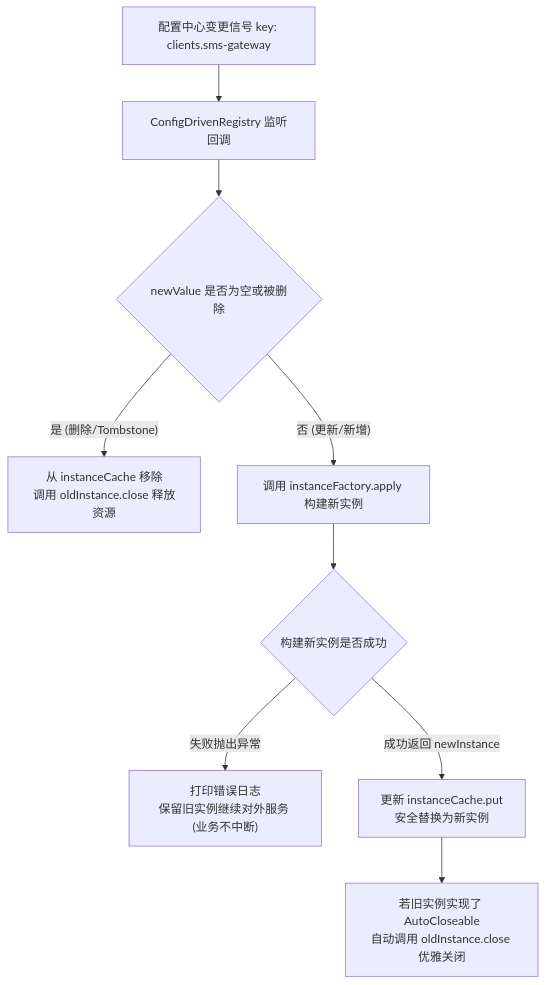
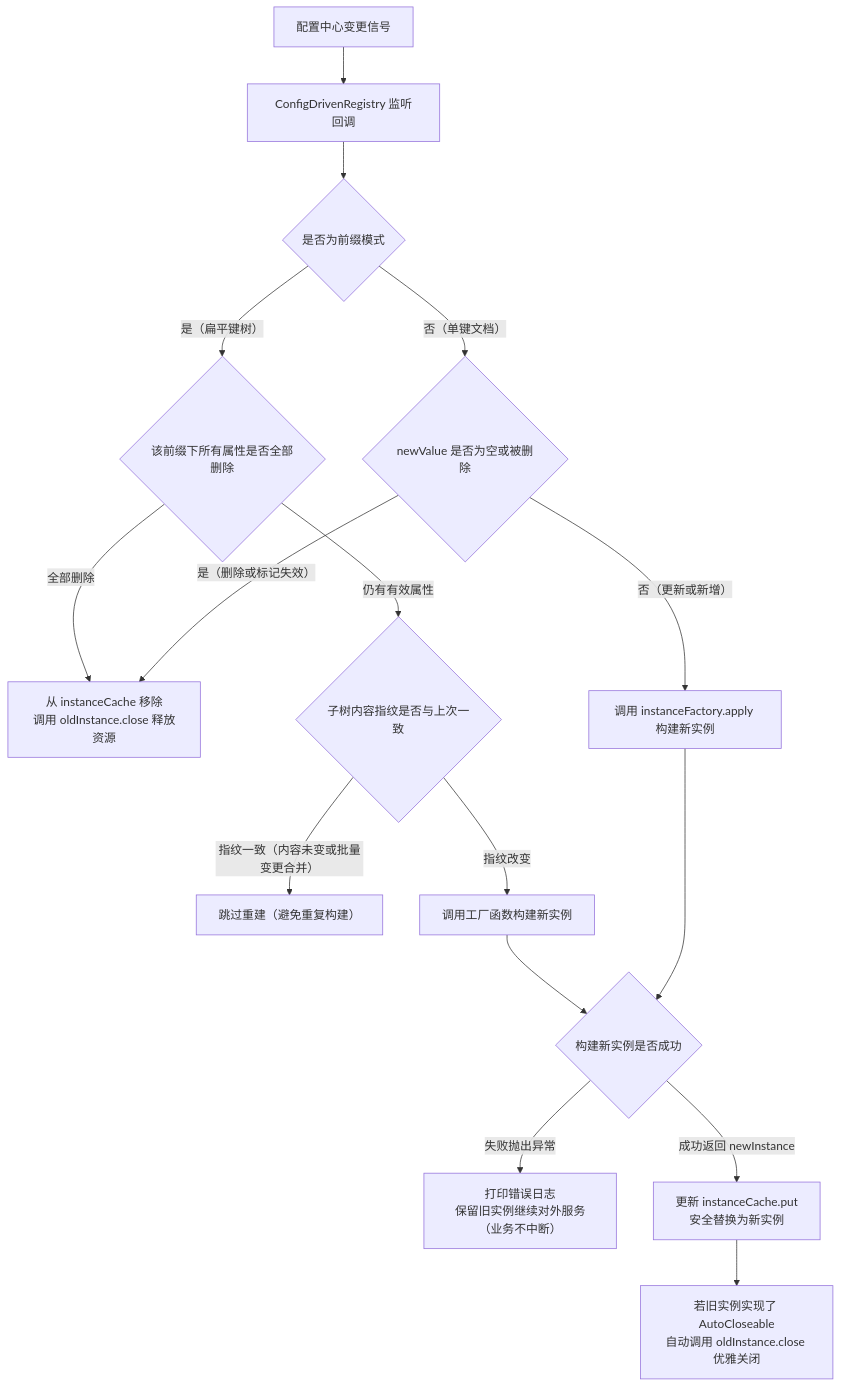
One commit to team4u/team4u-framework changed the diagram in docs/config/config-instance.md. Above: the diagram before and after it, drawn with Mermaid. The commit also changed other lines of this file and 16 other files, not shown here.

First line of the commit message:
feat(config): ConfigDrivenRegistry 扁平键前缀模式与门面策略架构演进

````diff
--- a/docs/config/config-instance.md
+++ b/docs/config/config-instance.md
@@ -15,13 +16,22 @@
 ```mermaid
 graph TD
-    Change["配置中心变更信号 key: clients.sms-gateway"] --> Listener["ConfigDrivenRegistry 监听回调"]
+    Change["配置中心变更信号"] --> Listener["ConfigDrivenRegistry 监听回调"]
     
-    Listener --> CheckDel{"newValue 是否为空或被删除"}
-    CheckDel -->|"是 (删除/Tombstone)"| Remove["从 instanceCache 移除<br/>调用 oldInstance.close 释放资源"]
-    CheckDel -->|"否 (更新/新增)"| Build["调用 instanceFactory.apply 构建新实例"]
+    Listener --> CheckPrefix{"是否为前缀模式"}
+    CheckPrefix -->|"是（扁平键树）"| CheckPrefixEmpty{"该前缀下所有属性是否全部删除"}
+    CheckPrefixEmpty -->|"全部删除"| Remove["从 instanceCache 移除<br/>调用 oldInstance.close 释放资源"]
+    CheckPrefixEmpty -->|"仍有有效属性"| CheckFingerprint{"子树内容指纹是否与上次一致"}
+    CheckFingerprint -->|"指纹一致（内容未变或批量变更合并）"| Ignore["跳过重建（避免重复构建）"]
+    CheckFingerprint -->|"指纹改变"| BuildPrefix["调用工厂函数构建新实例"]
     
-    Build --> TryBuild{"构建新实例是否成功"}
-    TryBuild -->|"失败抛出异常"| KeepOld["打印错误日志<br/>保留旧实例继续对外服务 (业务不中断)"]
+    CheckPrefix -->|"否（单键文档）"| CheckDel{"newValue 是否为空或被删除"}
+    CheckDel -->|"是（删除或标记失效）"| Remove
+    CheckDel -->|"否（更新或新增）"| BuildSingle["调用 instanceFactory.apply 构建新实例"]
+    
+    BuildPrefix --> TryBuild{"构建新实例是否成功"}
+    BuildSingle --> TryBuild
+    
+    TryBuild -->|"失败抛出异常"| KeepOld["打印错误日志<br/>保留旧实例继续对外服务（业务不中断）"]
     TryBuild -->|"成功返回 newInstance"| Swap["更新 instanceCache.put<br/>安全替换为新实例"]
     Swap --> CloseOld["若旧实例实现了 AutoCloseable<br/>自动调用 oldInstance.close 优雅关闭"]
 ```
````
